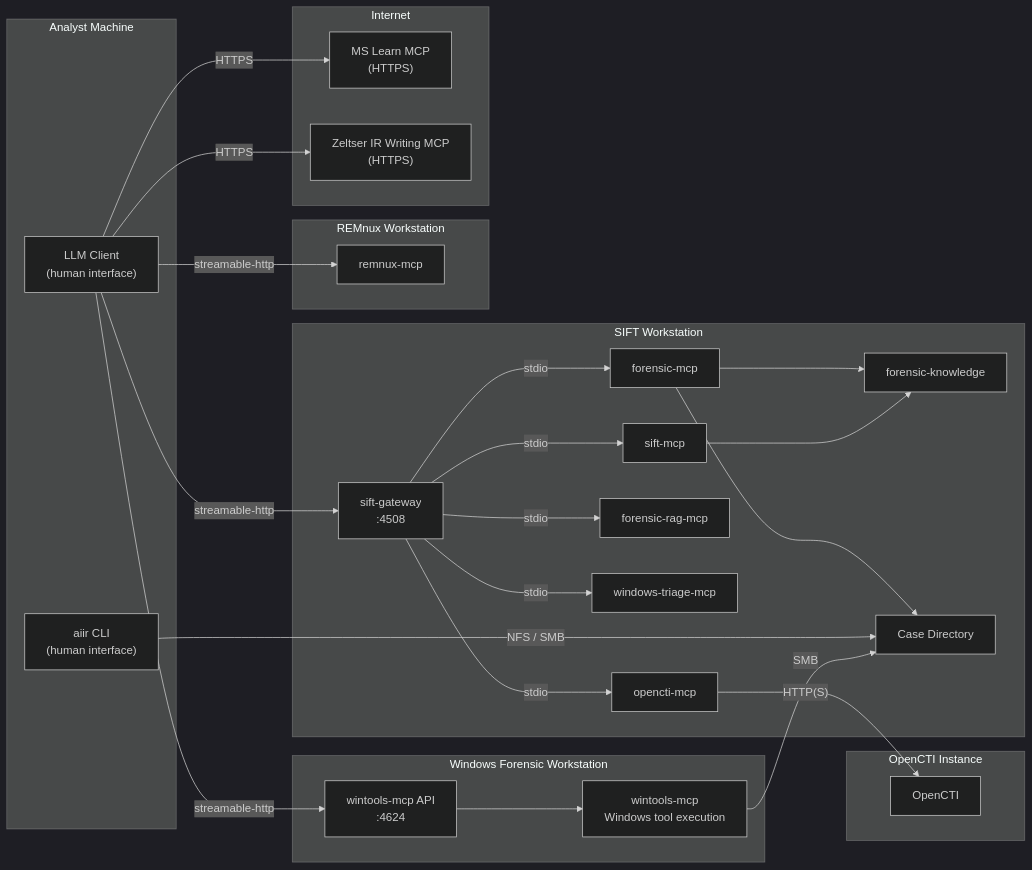
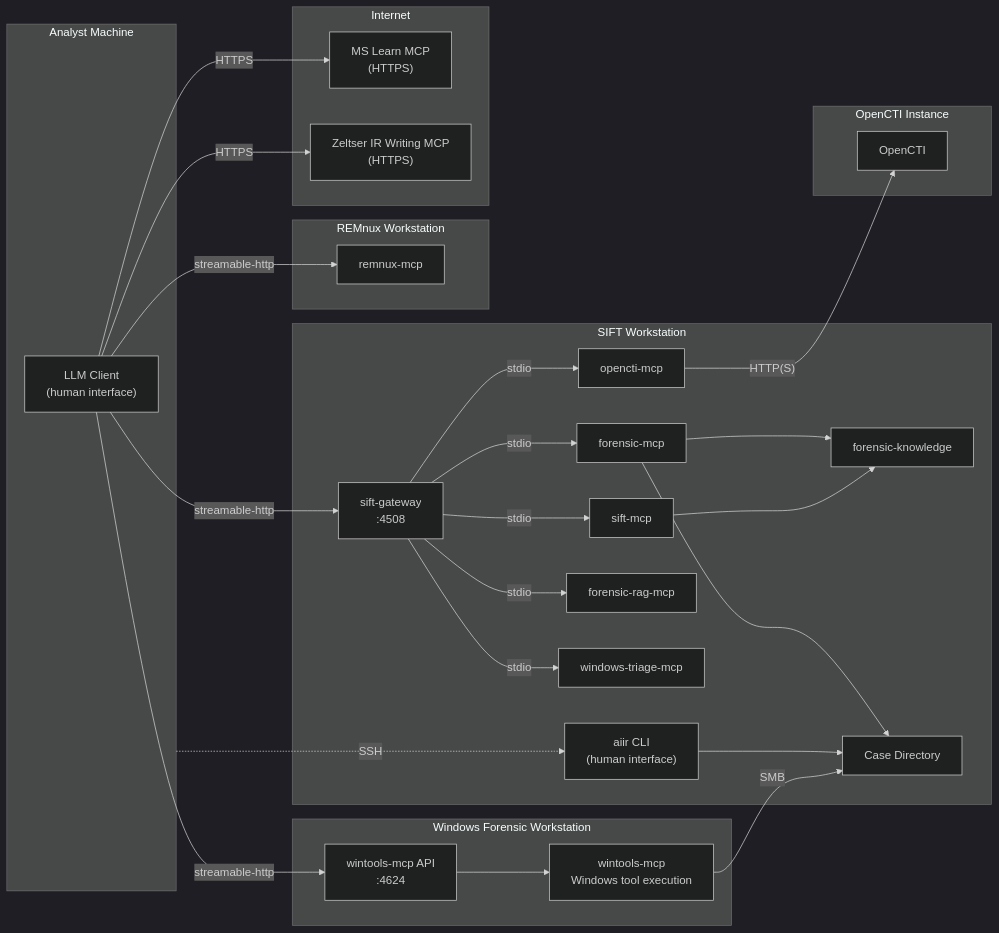
Before and after one commit to AppliedIR/aiir: the fifth of 6 diagrams in README.md, drawn with Mermaid (dark theme). The commit also changed other lines of this file, not shown here.

Commit message:
Update diagrams: CLI on SIFT, SSH for remote access, remove NFS/SMB

````diff
--- a/README.md
+++ b/README.md
@@ -170,55 +173,56 @@
 ```mermaid
 graph LR
     subgraph analyst ["Analyst Machine"]
         CC["LLM Client<br/>(human interface)"]
-        CLI["aiir CLI<br/>(human interface)"]
     end
 
     subgraph sift ["SIFT Workstation"]
+        CLI["aiir CLI<br/>(human interface)"]
         GW["sift-gateway<br/>:4508"]
         FM[forensic-mcp]
         SM[sift-mcp]
         FR[forensic-rag-mcp]
         WTR[windows-triage-mcp]
         OC[opencti-mcp]
         FK[forensic-knowledge]
         CASE[Case Directory]
 
         GW -->|stdio| FM
         GW -->|stdio| SM
         GW -->|stdio| FR
         GW -->|stdio| WTR
         GW -->|stdio| OC
         FM --> FK
         SM --> FK
         FM --> CASE
+        CLI --> CASE
     end
 
     subgraph winbox ["Windows Forensic Workstation"]
         WAPI["wintools-mcp API<br/>:4624"]
         WM["wintools-mcp<br/>Windows tool execution"]
         WAPI --> WM
     end
 
     subgraph octi ["OpenCTI Instance"]
         OCTI[OpenCTI]
     end
 
     subgraph remnux ["REMnux Workstation"]
         RM[remnux-mcp]
     end
 
     subgraph internet ["Internet"]
         ML["MS Learn MCP<br/>(HTTPS)"]
         ZE["Zeltser IR Writing MCP<br/>(HTTPS)"]
     end
 
     CC -->|"streamable-http"| GW
     CC -->|"streamable-http"| WAPI
     CC -->|"streamable-http"| RM
     CC -->|"HTTPS"| ML
     CC -->|"HTTPS"| ZE
     OC -->|"HTTP(S)"| OCTI
-    CLI -->|"NFS / SMB"| CASE
+    analyst -.->|"SSH"| CLI
     WM -->|"SMB"| CASE
 ```
````
